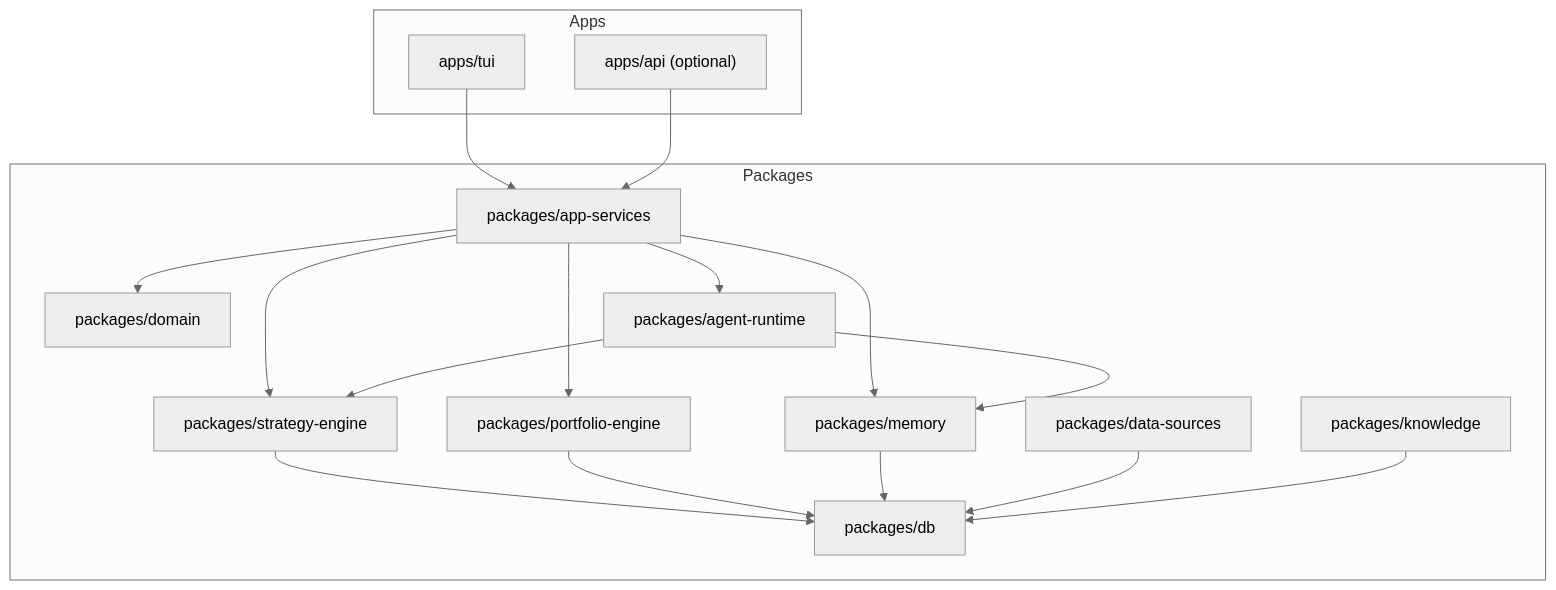
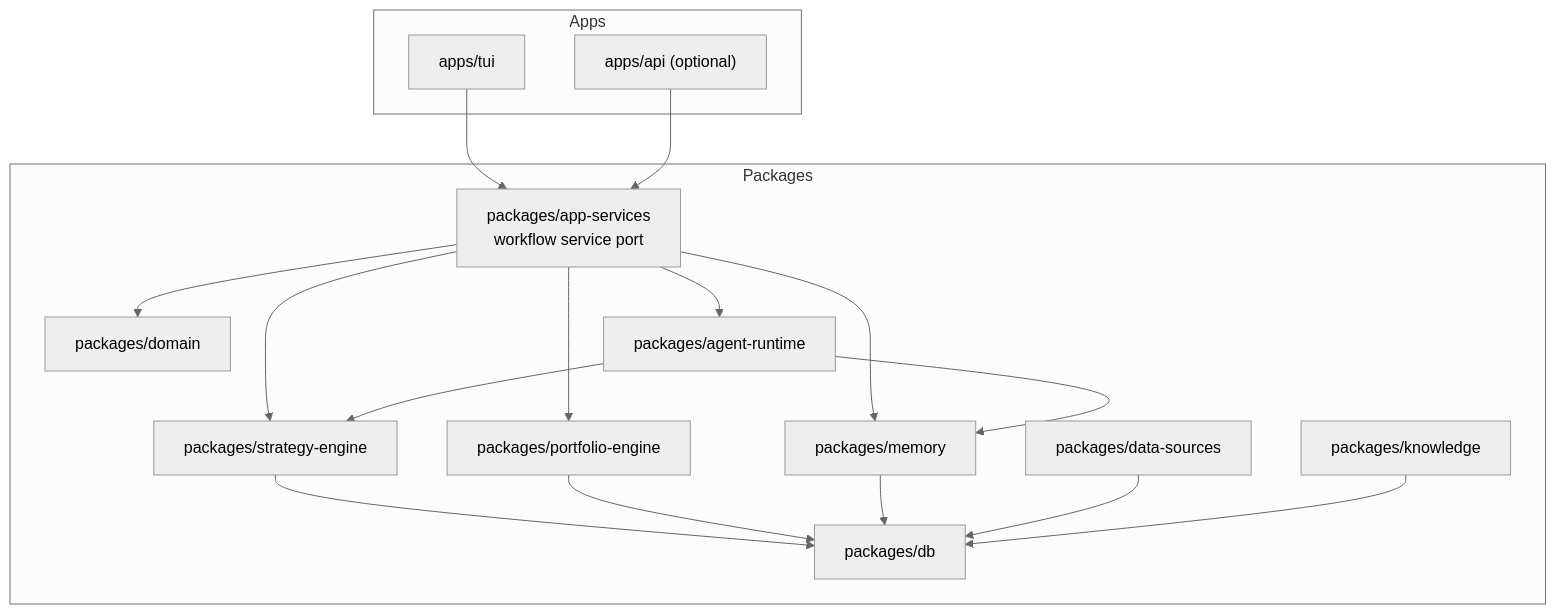
The third of 5 diagrams in docs/architecture.md (decocereus/tradeai), drawn with Mermaid (neutral theme) before and after one commit. The commit also changed other lines of this file and 43 other files, not shown here.

````diff
--- a/docs/architecture.md
+++ b/docs/architecture.md
@@ -61,34 +61,34 @@
 ```mermaid
 flowchart TB
     subgraph Apps
         TUI["apps/tui"]
         API["apps/api (optional)"]
     end
 
     subgraph Packages
         DOMAIN["packages/domain"]
         DB["packages/db"]
         SOURCES["packages/data-sources"]
         KNOW["packages/knowledge"]
         STRAT["packages/strategy-engine"]
         PORT["packages/portfolio-engine"]
         MEM["packages/memory"]
         AGENT["packages/agent-runtime"]
-        APPSVC["packages/app-services"]
+        APPSVC["packages/app-services<br/>workflow service port"]
     end
 
     TUI --> APPSVC
     API --> APPSVC
     APPSVC --> STRAT
     APPSVC --> PORT
     APPSVC --> MEM
     APPSVC --> AGENT
     STRAT --> DB
     PORT --> DB
     MEM --> DB
     AGENT --> MEM
     AGENT --> STRAT
     SOURCES --> DB
     KNOW --> DB
     APPSVC --> DOMAIN
 ```
````
